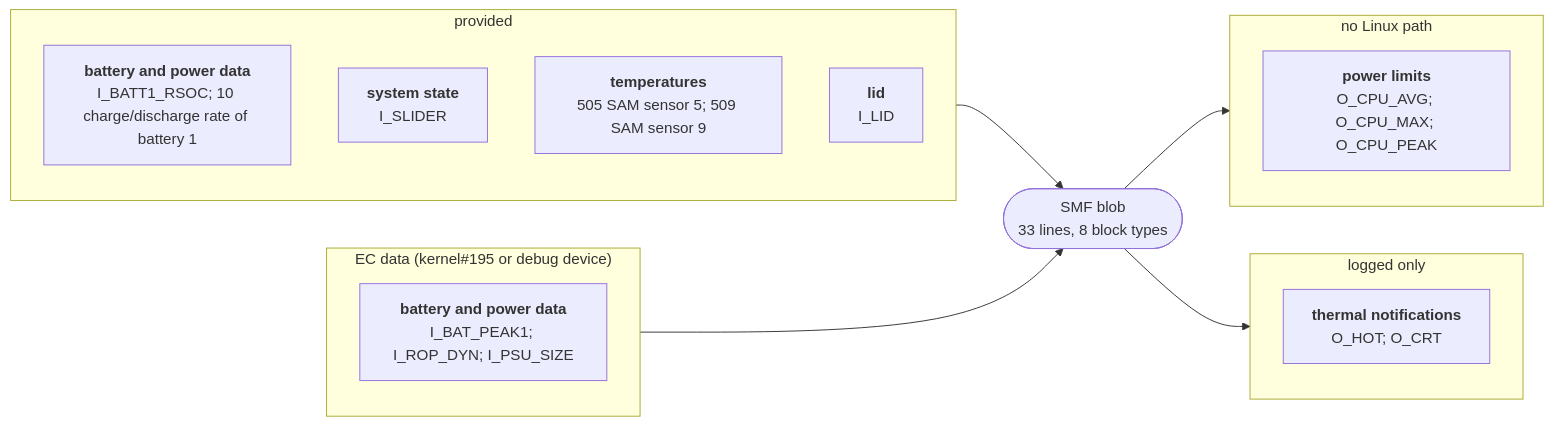
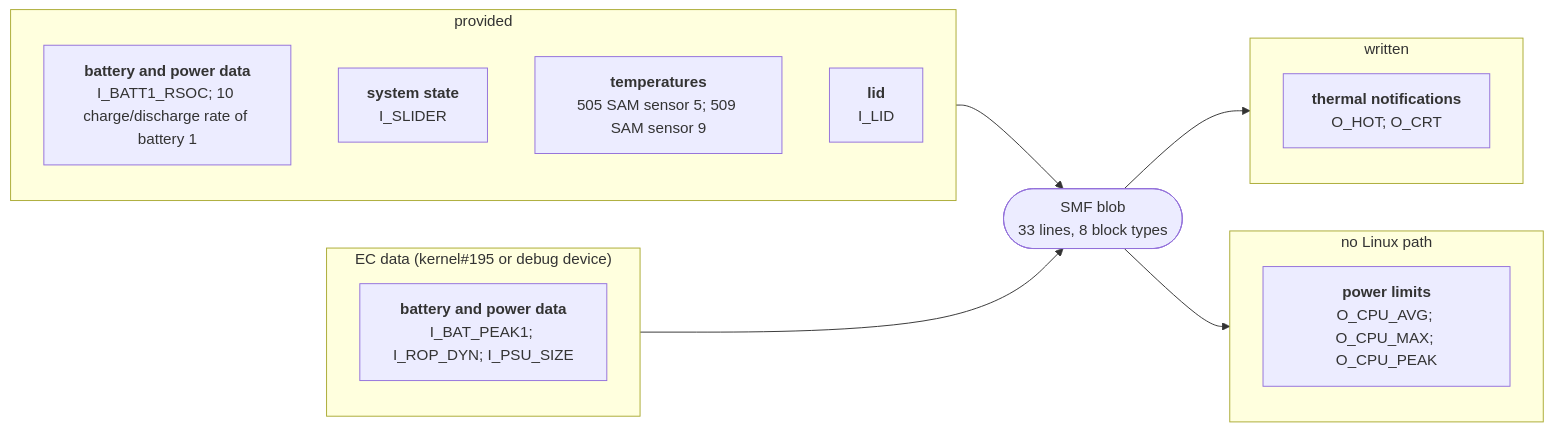
The diagram in docs/devices/surface-laptop-3-amd.md (larsschellhas/linux-surface-power), drawn with Mermaid before and after one commit. The commit also changed other lines of this file and 53 other files, not shown here.

First line of the commit message:
Write PL3, PL4 and the thermal-policy requests; control only with every output written

````diff
--- a/docs/devices/surface-laptop-3-amd.md
+++ b/docs/devices/surface-laptop-3-amd.md
@@ -19,23 +19,23 @@
 ```mermaid
 flowchart LR
     subgraph IN0["provided"]
         I0_28B7BD85["<b>battery and power data</b><br/>I_BATT1_RSOC; 10 charge/discharge rate of battery 1"]
         I0_2DD6960F["<b>system state</b><br/>I_SLIDER"]
         I0_2E8B14C2["<b>temperatures</b><br/>505 SAM sensor 5; 509 SAM sensor 9"]
         I0_5D0EE597["<b>lid</b><br/>I_LID"]
     end
     IN0 --> B
     subgraph IN1["EC data (kernel#195 or debug device)"]
         I1_28B7BD85["<b>battery and power data</b><br/>I_BAT_PEAK1; I_ROP_DYN; I_PSU_SIZE"]
     end
     IN1 --> B
     B(["SMF blob<br/>33 lines, 8 block types"])
-    subgraph OUT0["no Linux path"]
-        O0_0B7B5350["<b>power limits</b><br/>O_CPU_AVG; O_CPU_MAX; O_CPU_PEAK"]
+    subgraph OUT0["written"]
+        O0_110DF2A4["<b>thermal notifications</b><br/>O_HOT; O_CRT"]
     end
     B --> OUT0
-    subgraph OUT1["logged only"]
-        O1_110DF2A4["<b>thermal notifications</b><br/>O_HOT; O_CRT"]
+    subgraph OUT1["no Linux path"]
+        O1_0B7B5350["<b>power limits</b><br/>O_CPU_AVG; O_CPU_MAX; O_CPU_PEAK"]
     end
     B --> OUT1
 ```
````
